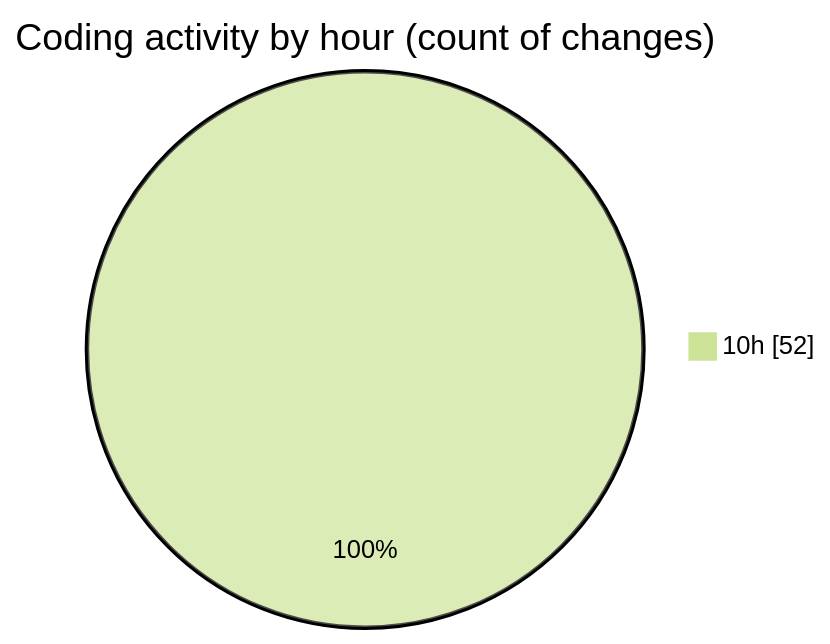
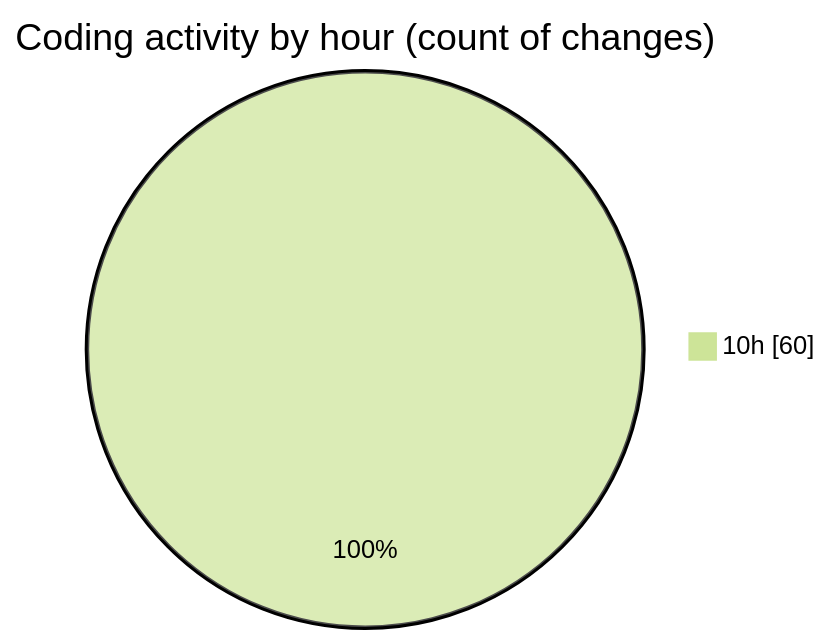
Before and after one commit to momahboobian/code-tracking: the second of 2 diagrams in 2026-06-18/cda/README.md, drawn with Mermaid (forest theme). The commit also changed other lines of this file and 1 other file, not shown here.

````diff
--- a/2026-06-18/cda/README.md
+++ b/2026-06-18/cda/README.md
@@ -61,5 +63,5 @@
 ```mermaid
 pie showData
 title Coding activity by hour (count of changes)
-"10h" : 52
+"10h" : 60
 ```
````
